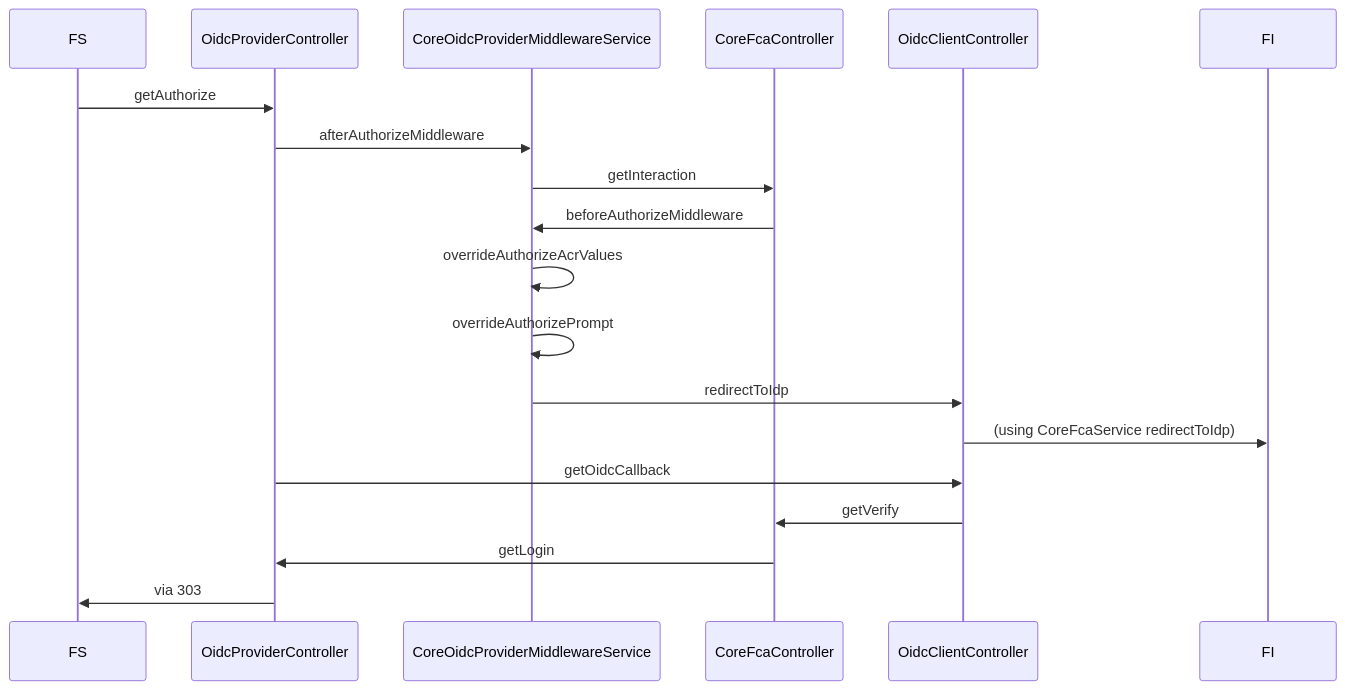
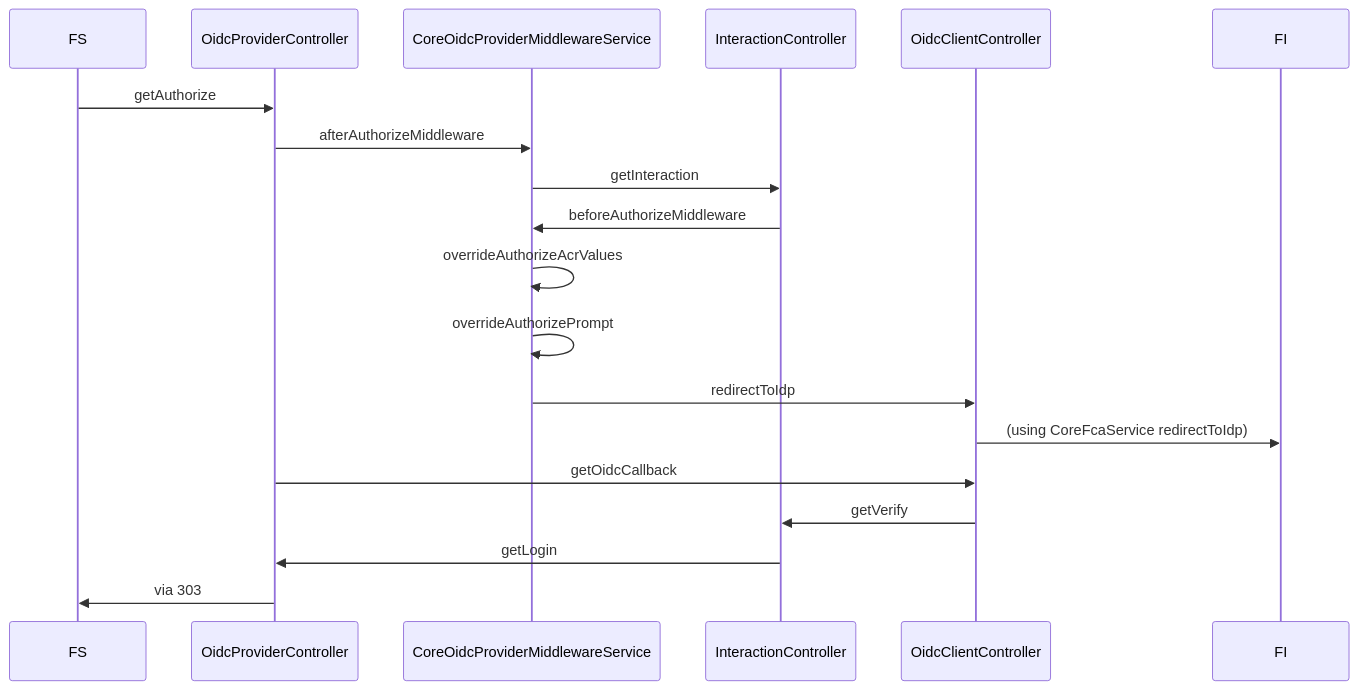
One commit to proconnect-gouv/federation changed the first of 2 diagrams in back/apps/core-fca/README.md. Above: the diagram before and after it, drawn with Mermaid. The commit also changed 35 other files, not shown here.

````diff
--- a/back/apps/core-fca/README.md
+++ b/back/apps/core-fca/README.md
@@ -34,17 +34,17 @@
 ```mermaid
 sequenceDiagram
   FS->>OidcProviderController: getAuthorize
   OidcProviderController ->> CoreOidcProviderMiddlewareService: afterAuthorizeMiddleware
-  CoreOidcProviderMiddlewareService ->> CoreFcaController: getInteraction
+  CoreOidcProviderMiddlewareService ->> InteractionController: getInteraction
 
-  CoreFcaController ->> CoreOidcProviderMiddlewareService: beforeAuthorizeMiddleware
+  InteractionController ->> CoreOidcProviderMiddlewareService: beforeAuthorizeMiddleware
   CoreOidcProviderMiddlewareService ->> CoreOidcProviderMiddlewareService: overrideAuthorizeAcrValues
   CoreOidcProviderMiddlewareService ->> CoreOidcProviderMiddlewareService: overrideAuthorizePrompt
   CoreOidcProviderMiddlewareService ->> OidcClientController: redirectToIdp
   OidcClientController ->> FI: (using CoreFcaService redirectToIdp)
 
   OidcProviderController ->> OidcClientController: getOidcCallback
-  OidcClientController ->> CoreFcaController: getVerify
-  CoreFcaController ->> OidcProviderController : getLogin
+  OidcClientController ->> InteractionController: getVerify
+  InteractionController ->> OidcProviderController : getLogin
   OidcProviderController ->> FS: via 303
 ```
````
